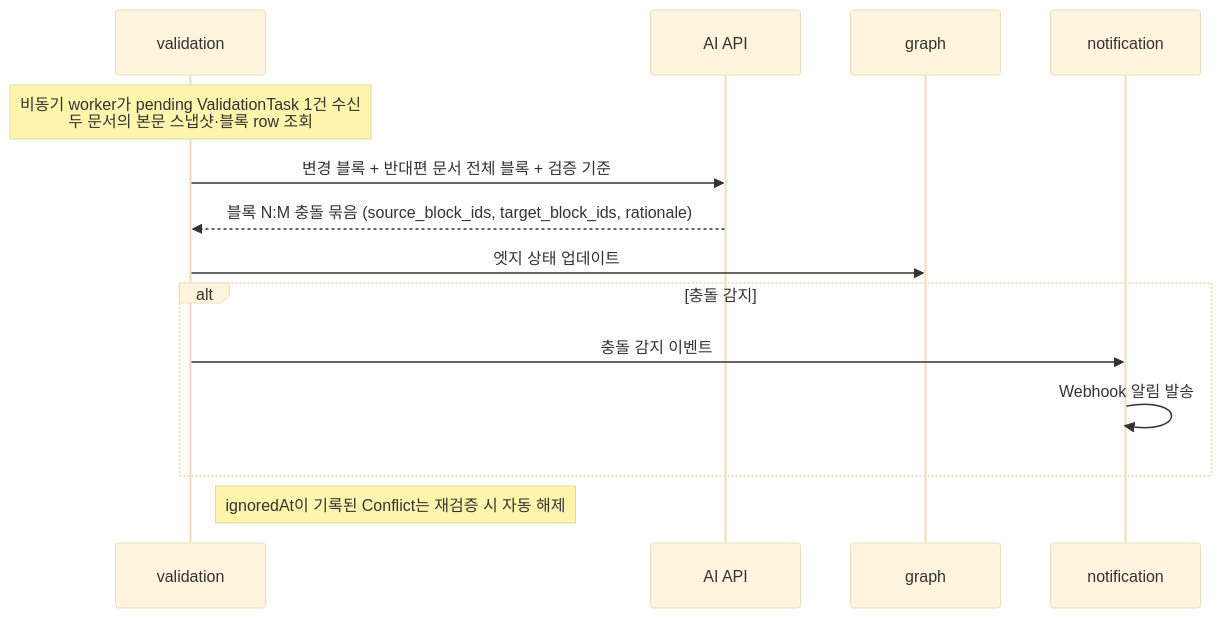
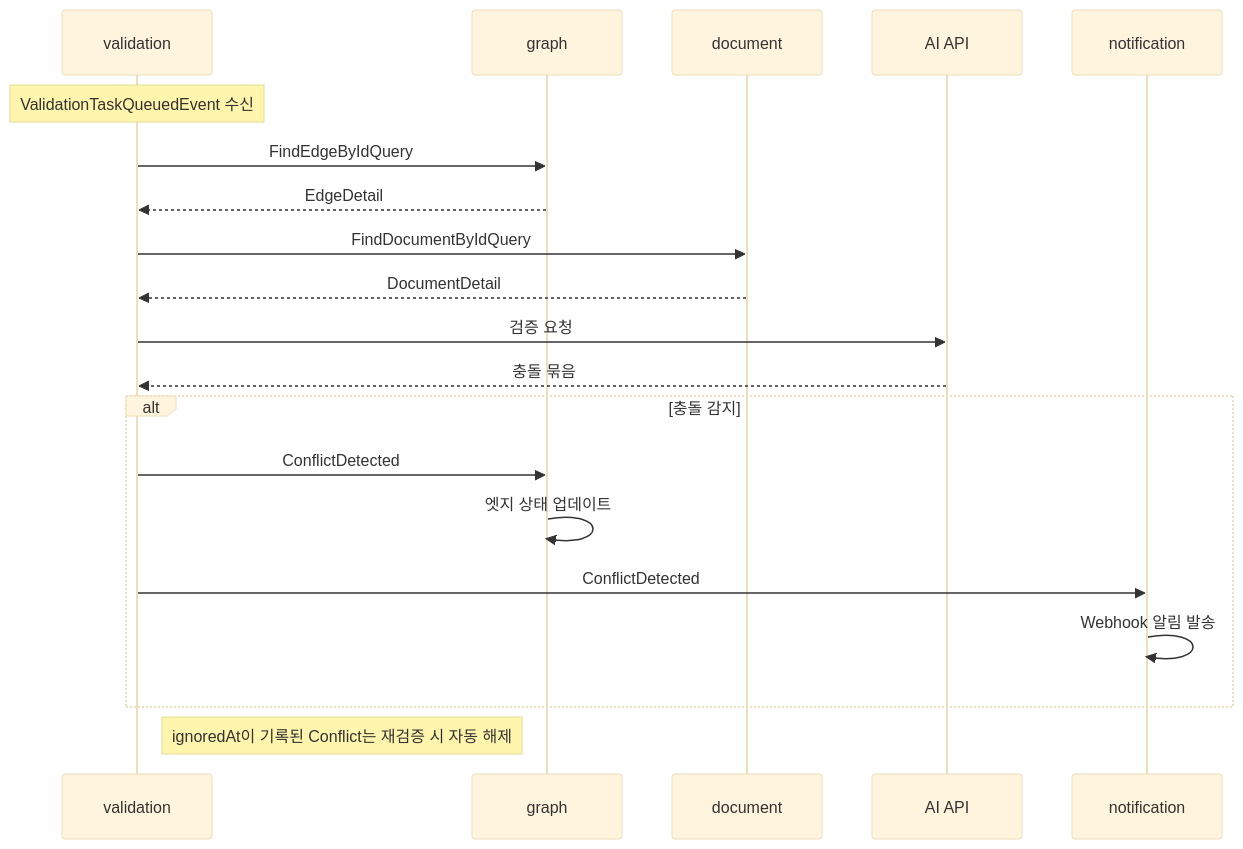
Before and after one commit to ladinzgit/doc-graph: the third of 3 diagrams in docs/domains.md, drawn with Mermaid (base theme). The commit also changed other lines of this file, not shown here.

Commit message:
docs(domains): cross-domain 이벤트·query 호출 명칭을 시퀀스 다이어그램에 표기

````diff
--- a/docs/domains.md
+++ b/docs/domains.md
@@ -82,17 +82,23 @@
 ```mermaid
 sequenceDiagram
     participant validation
+    participant graph
+    participant document
     participant AI as AI API
-    participant graph
     participant notification
 
-    Note over validation: 비동기 worker가 pending ValidationTask 1건 수신<br/>두 문서의 본문 스냅샷·블록 row 조회
-    validation->>AI: 변경 블록 + 반대편 문서 전체 블록 + 검증 기준
-    AI-->>validation: 블록 N:M 충돌 묶음 (source_block_ids, target_block_ids, rationale)
-    validation->>graph: 엣지 상태 업데이트
+    Note over validation: ValidationTaskQueuedEvent 수신
+    validation->>graph: FindEdgeByIdQuery
+    graph-->>validation: EdgeDetail
+    validation->>document: FindDocumentByIdQuery
+    document-->>validation: DocumentDetail
+    validation->>AI: 검증 요청
+    AI-->>validation: 충돌 묶음
     alt 충돌 감지
-        validation->>notification: 충돌 감지 이벤트
+        validation->>graph: ConflictDetected
+        graph->>graph: 엣지 상태 업데이트
+        validation->>notification: ConflictDetected
         notification->>notification: Webhook 알림 발송
     end
     Note right of validation: ignoredAt이 기록된 Conflict는 재검증 시 자동 해제
 ```
````
